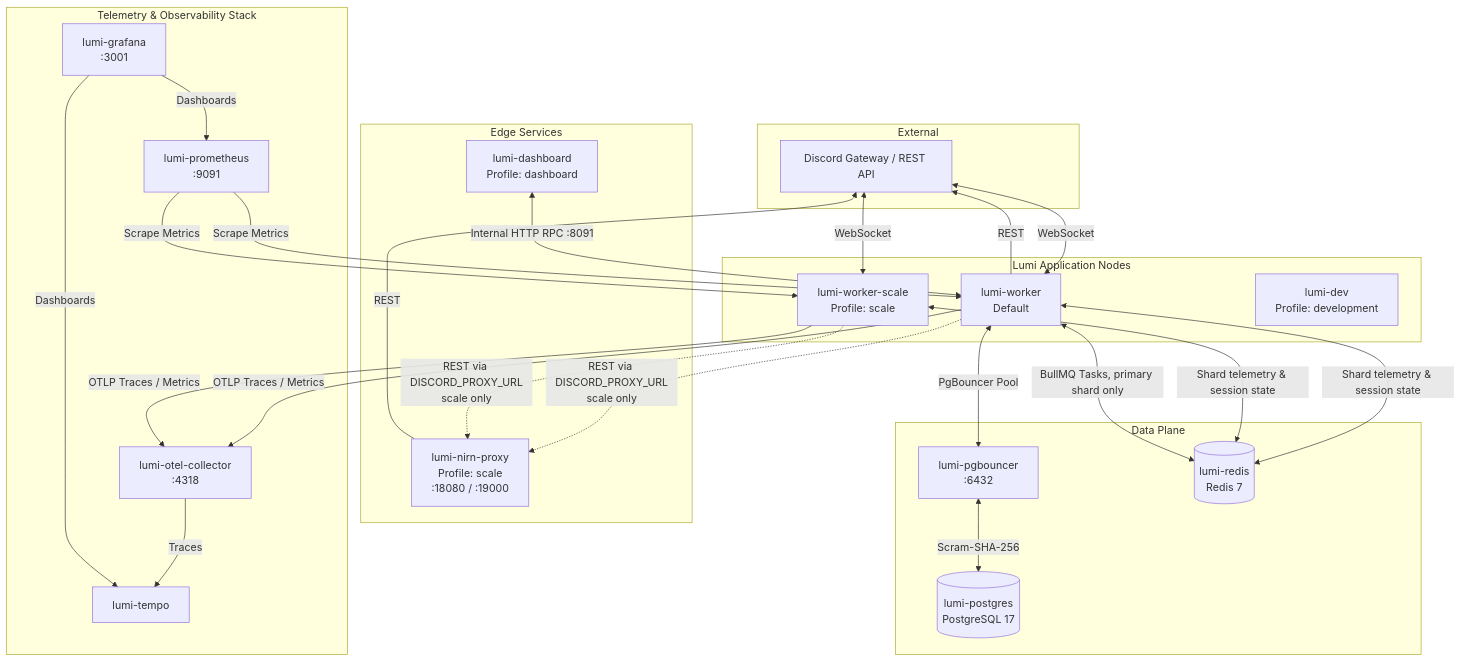
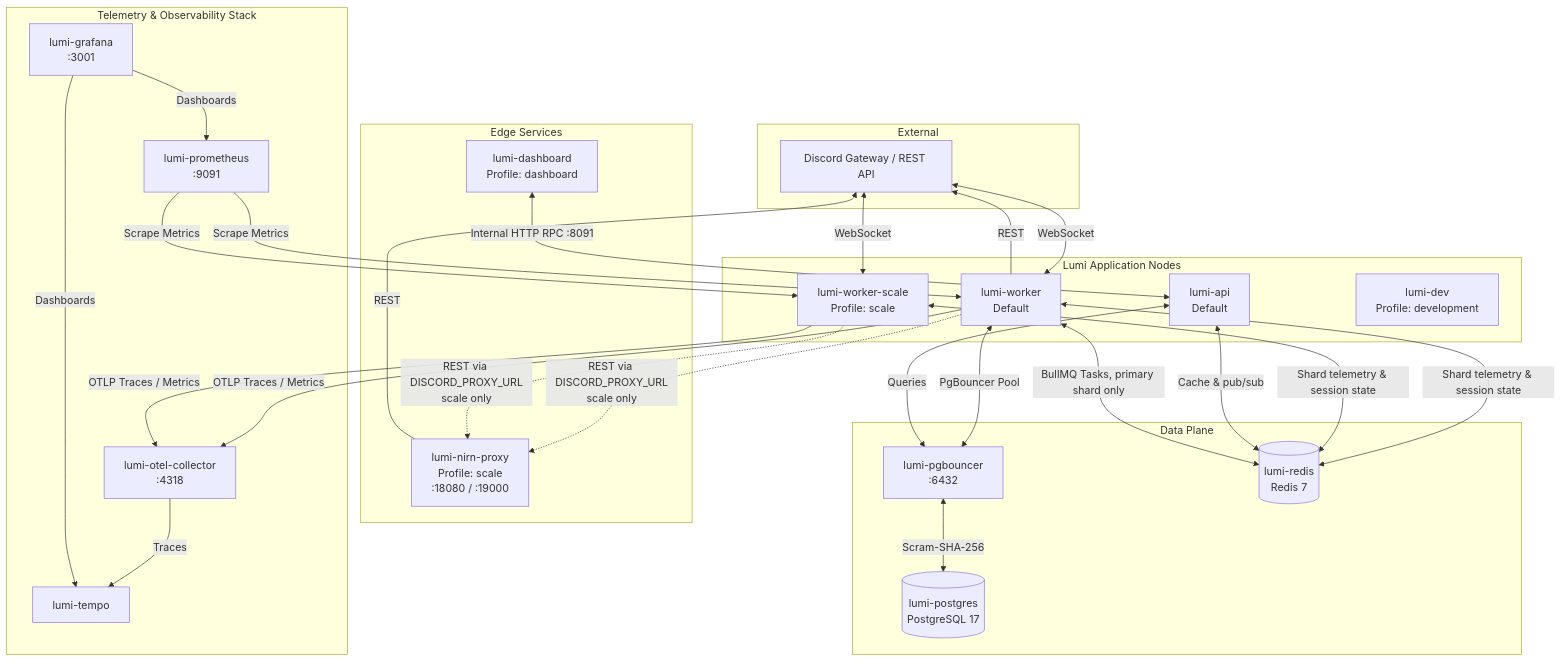
The first of 2 diagrams in deploy/docker/README.md (lumi-devs/Lumi), drawn with Mermaid before and after one commit. The commit also changed other lines of this file and 8 other files, not shown here.

First line of the commit message:
feat(deploy): add apps/api deploy manifests, remove RPC surface from worker (Phase D)

````diff
--- a/deploy/docker/README.md
+++ b/deploy/docker/README.md
@@ -35,55 +35,58 @@
 ```mermaid
 flowchart TD
     subgraph External
         Discord[Discord Gateway / REST API]
     end
 
     subgraph Edge Services
         NP[lumi-nirn-proxy<br/>Profile: scale<br/>:18080 / :19000]
         Dash[lumi-dashboard<br/>Profile: dashboard]
     end
 
     subgraph Lumi Application Nodes
         W[lumi-worker<br/>Default]
         WS[lumi-worker-scale<br/>Profile: scale]
+        Api[lumi-api<br/>Default]
         Dev[lumi-dev<br/>Profile: development]
     end
 
     subgraph Data Plane
         PGB[lumi-pgbouncer<br/>:6432]
         PG[(lumi-postgres<br/>PostgreSQL 17)]
         Redis[(lumi-redis<br/>Redis 7)]
     end
 
     subgraph Telemetry & Observability Stack
         OTEL[lumi-otel-collector<br/>:4318]
         Prom[lumi-prometheus<br/>:9091]
         Tempo[lumi-tempo]
         Graf[lumi-grafana<br/>:3001]
     end
 
     Discord <-->|WebSocket| W
     Discord <-->|WebSocket| WS
     W -->|REST| Discord
     NP -->|REST| Discord
 
     W -.->|REST via DISCORD_PROXY_URL<br/>scale only| NP
     WS -.->|REST via DISCORD_PROXY_URL<br/>scale only| NP
 
     W <-->|Shard telemetry & session state| Redis
     WS <-->|Shard telemetry & session state| Redis
     W <-->|PgBouncer Pool| PGB
     PGB <-->|Scram-SHA-256| PG
 
-    Dash <-->|Internal HTTP RPC :8091| W
+    Dash <-->|Internal HTTP RPC :8091| Api
+    Api <-->|Queries| PGB
+    Api <-->|Cache & pub/sub| Redis
 
     W <-->|BullMQ Tasks, primary shard only| Redis
 
     W -->|OTLP Traces / Metrics| OTEL
     WS -->|OTLP Traces / Metrics| OTEL
     OTEL -->|Traces| Tempo
     Prom -->|Scrape Metrics| W
     Prom -->|Scrape Metrics| WS
     Graf -->|Dashboards| Prom
     Graf -->|Dashboards| Tempo
 ```
````
